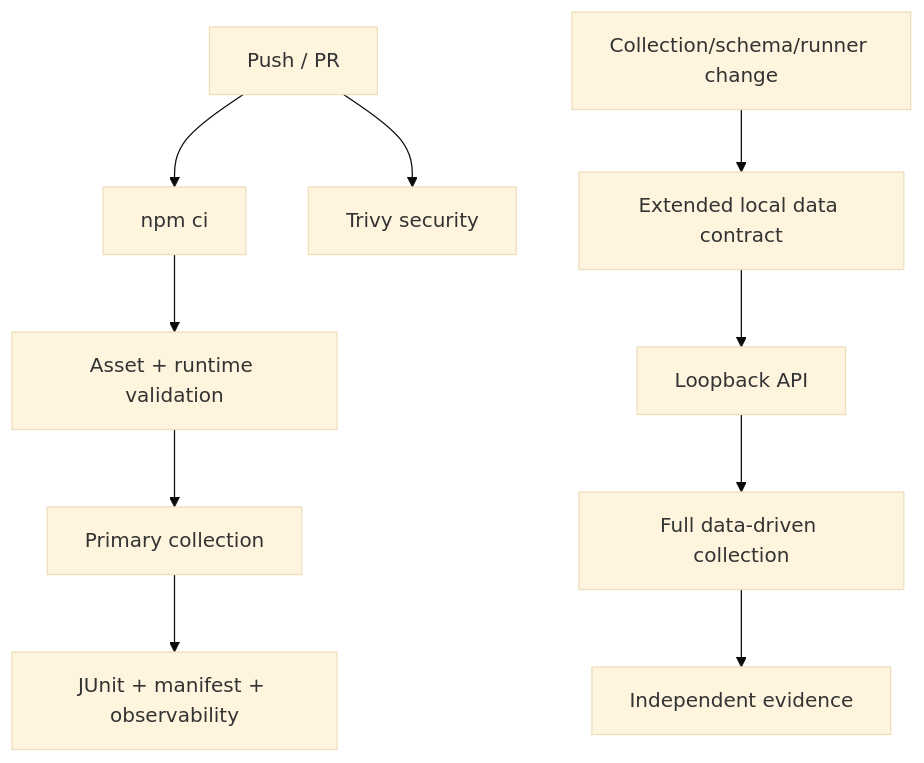
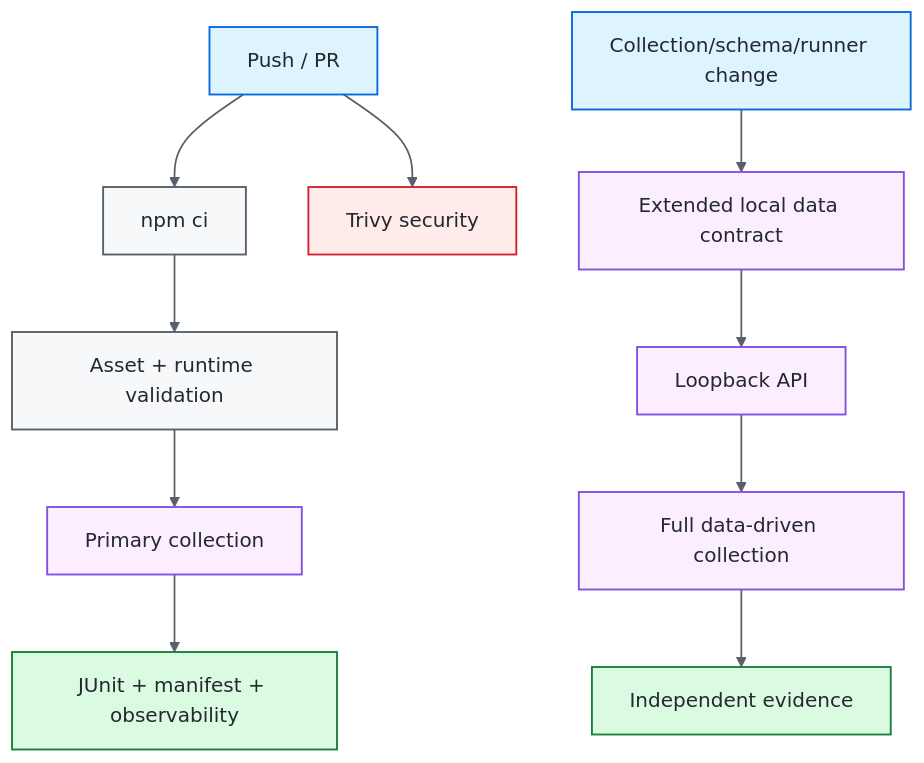
One commit to portyu9/qa-automation-api-postman-newman changed the second of 2 diagrams in README.md. Above: the diagram before and after it, drawn with Mermaid (base theme). The commit also changed other lines of this file, not shown here.

Commit message:
Polish badges and Mermaid diagrams (#12)

````diff
--- a/README.md
+++ b/README.md
@@ -287,12 +293,24 @@
 ```mermaid
 flowchart TD
     PR[Push / PR] --> INSTALL[npm ci]
     INSTALL --> VALIDATE[Asset + runtime validation]
     VALIDATE --> NEWMAN[Primary collection]
     NEWMAN --> REPORT[JUnit + manifest + observability]
     PR --> SEC[Trivy security]
     APICHANGE[Collection/schema/runner change] --> EXT[Extended local data contract]
     EXT --> LOCAL[Loopback API]
     LOCAL --> FULL[Full data-driven collection]
     FULL --> REPORT2[Independent evidence]
+
+    classDef entry fill:#ddf4ff,stroke:#0969da,color:#24292f,stroke-width:1.5px;
+    classDef core fill:#f6f8fa,stroke:#57606a,color:#24292f,stroke-width:1.5px;
+    classDef gate fill:#fbefff,stroke:#8250df,color:#24292f,stroke-width:1.5px;
+    classDef evidence fill:#dafbe1,stroke:#1a7f37,color:#24292f,stroke-width:1.5px;
+    classDef security fill:#ffebe9,stroke:#cf222e,color:#24292f,stroke-width:1.5px;
+    class PR,APICHANGE entry;
+    class INSTALL,VALIDATE core;
+    class NEWMAN,EXT,LOCAL,FULL gate;
+    class SEC security;
+    class REPORT,REPORT2 evidence;
+    linkStyle default stroke:#57606a,stroke-width:1.4px;
 ```
````
